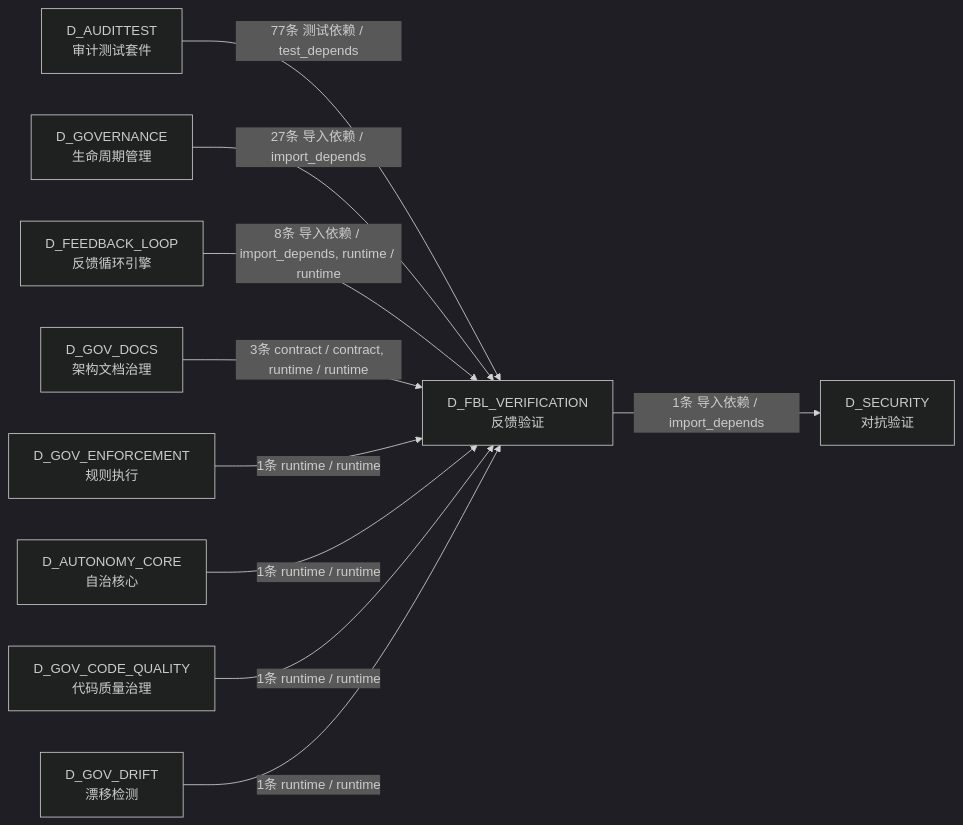
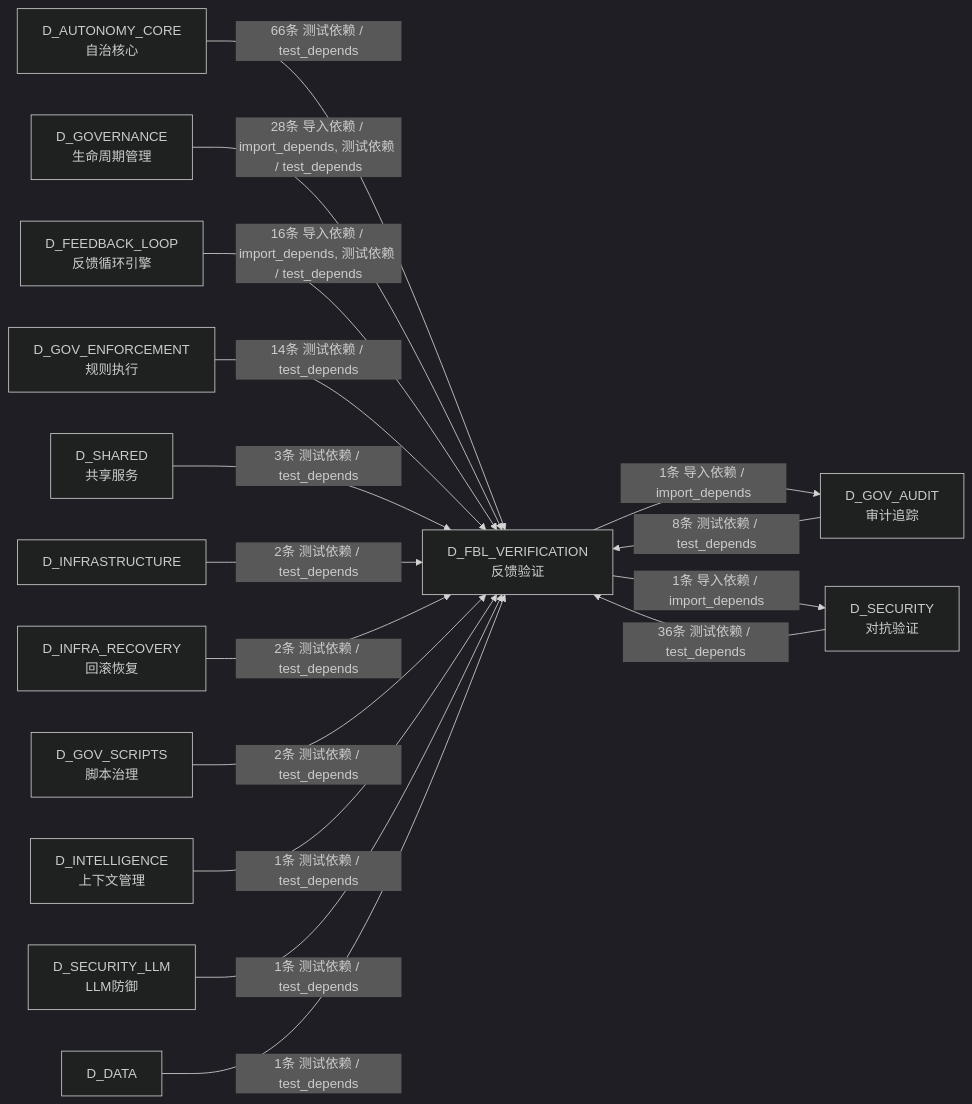
Before and after one commit to xuanFelixVan/ZephyrAlpha: the fifth of 5 diagrams in docs/02_enterprise_architecture/02_domain_architecture_docs/11_d_fbl_verification.md, drawn with Mermaid (dark theme). The commit also changed other lines of this file and 112 other files, not shown here.

````diff
--- a/docs/02_enterprise_architecture/02_domain_architecture_docs/11_d_fbl_verification.md
+++ b/docs/02_enterprise_architecture/02_domain_architecture_docs/11_d_fbl_verification.md
@@ -508,22 +490,32 @@
 ```mermaid
 graph LR
     D_FBL_VERIFICATION["D_FBL_VERIFICATION<br/>反馈验证"]
+    D_GOV_AUDIT["D_GOV_AUDIT<br/>审计追踪"]
     D_SECURITY["D_SECURITY<br/>对抗验证"]
-    D_AUDITTEST["D_AUDITTEST<br/>审计测试套件"]
+    D_AUTONOMY_CORE["D_AUTONOMY_CORE<br/>自治核心"]
     D_GOVERNANCE["D_GOVERNANCE<br/>生命周期管理"]
     D_FEEDBACK_LOOP["D_FEEDBACK_LOOP<br/>反馈循环引擎"]
-    D_GOV_DOCS["D_GOV_DOCS<br/>架构文档治理"]
     D_GOV_ENFORCEMENT["D_GOV_ENFORCEMENT<br/>规则执行"]
-    D_AUTONOMY_CORE["D_AUTONOMY_CORE<br/>自治核心"]
-    D_GOV_CODE_QUALITY["D_GOV_CODE_QUALITY<br/>代码质量治理"]
-    D_GOV_DRIFT["D_GOV_DRIFT<br/>漂移检测"]
+    D_SHARED["D_SHARED<br/>共享服务"]
+    D_INFRASTRUCTURE["D_INFRASTRUCTURE"]
+    D_INFRA_RECOVERY["D_INFRA_RECOVERY<br/>回滚恢复"]
+    D_GOV_SCRIPTS["D_GOV_SCRIPTS<br/>脚本治理"]
+    D_INTELLIGENCE["D_INTELLIGENCE<br/>上下文管理"]
+    D_SECURITY_LLM["D_SECURITY_LLM<br/>LLM防御"]
+    D_DATA["D_DATA"]
+    D_FBL_VERIFICATION -->|1条 导入依赖 / import_depends| D_GOV_AUDIT
     D_FBL_VERIFICATION -->|1条 导入依赖 / import_depends| D_SECURITY
-    D_AUDITTEST -->|77条 测试依赖 / test_depends| D_FBL_VERIFICATION
-    D_GOVERNANCE -->|27条 导入依赖 / import_depends| D_FBL_VERIFICATION
-    D_FEEDBACK_LOOP -->|8条 导入依赖 / import_depends, runtime / runtime| D_FBL_VERIFICATION
-    D_GOV_DOCS -->|3条 contract / contract, runtime / runtime| D_FBL_VERIFICATION
-    D_GOV_ENFORCEMENT -->|1条 runtime / runtime| D_FBL_VERIFICATION
-    D_AUTONOMY_CORE -->|1条 runtime / runtime| D_FBL_VERIFICATION
-    D_GOV_CODE_QUALITY -->|1条 runtime / runtime| D_FBL_VERIFICATION
-    D_GOV_DRIFT -->|1条 runtime / runtime| D_FBL_VERIFICATION
+    D_AUTONOMY_CORE -->|66条 测试依赖 / test_depends| D_FBL_VERIFICATION
+    D_SECURITY -->|36条 测试依赖 / test_depends| D_FBL_VERIFICATION
+    D_GOVERNANCE -->|28条 导入依赖 / import_depends, 测试依赖 / test_depends| D_FBL_VERIFICATION
+    D_FEEDBACK_LOOP -->|16条 导入依赖 / import_depends, 测试依赖 / test_depends| D_FBL_VERIFICATION
+    D_GOV_ENFORCEMENT -->|14条 测试依赖 / test_depends| D_FBL_VERIFICATION
+    D_GOV_AUDIT -->|8条 测试依赖 / test_depends| D_FBL_VERIFICATION
+    D_SHARED -->|3条 测试依赖 / test_depends| D_FBL_VERIFICATION
+    D_INFRASTRUCTURE -->|2条 测试依赖 / test_depends| D_FBL_VERIFICATION
+    D_INFRA_RECOVERY -->|2条 测试依赖 / test_depends| D_FBL_VERIFICATION
+    D_GOV_SCRIPTS -->|2条 测试依赖 / test_depends| D_FBL_VERIFICATION
+    D_INTELLIGENCE -->|1条 测试依赖 / test_depends| D_FBL_VERIFICATION
+    D_SECURITY_LLM -->|1条 测试依赖 / test_depends| D_FBL_VERIFICATION
+    D_DATA -->|1条 测试依赖 / test_depends| D_FBL_VERIFICATION
 ```
````
